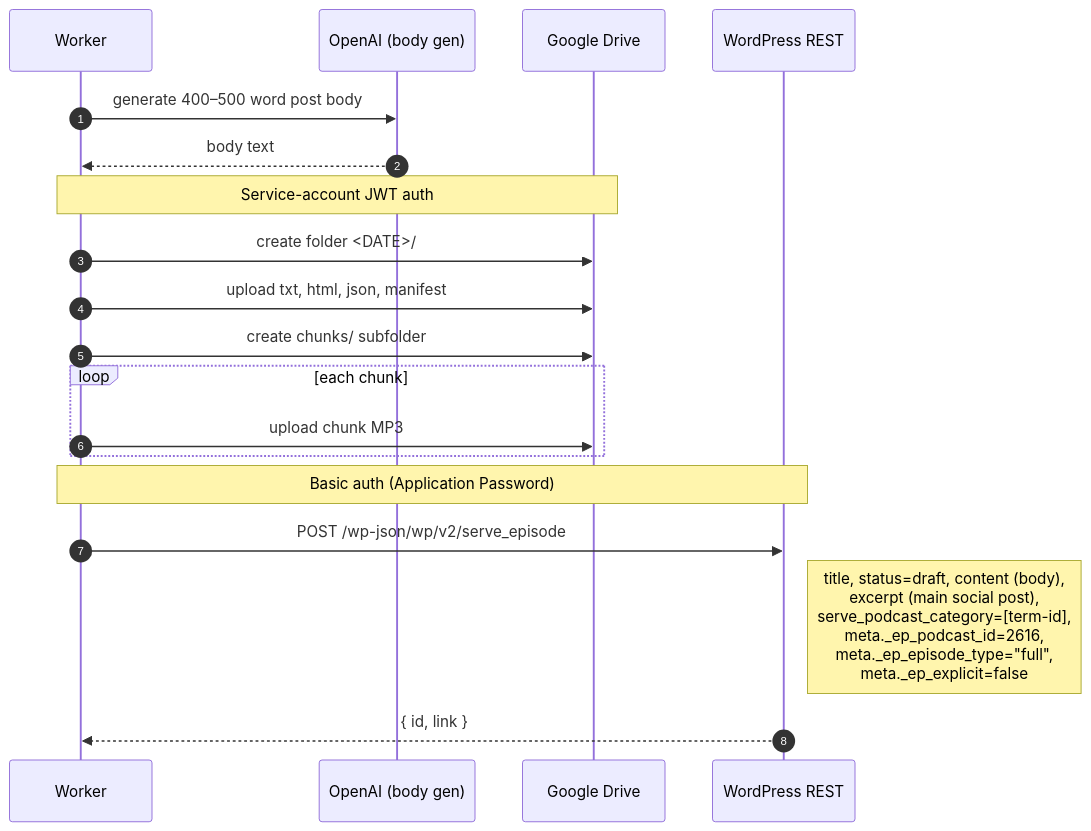
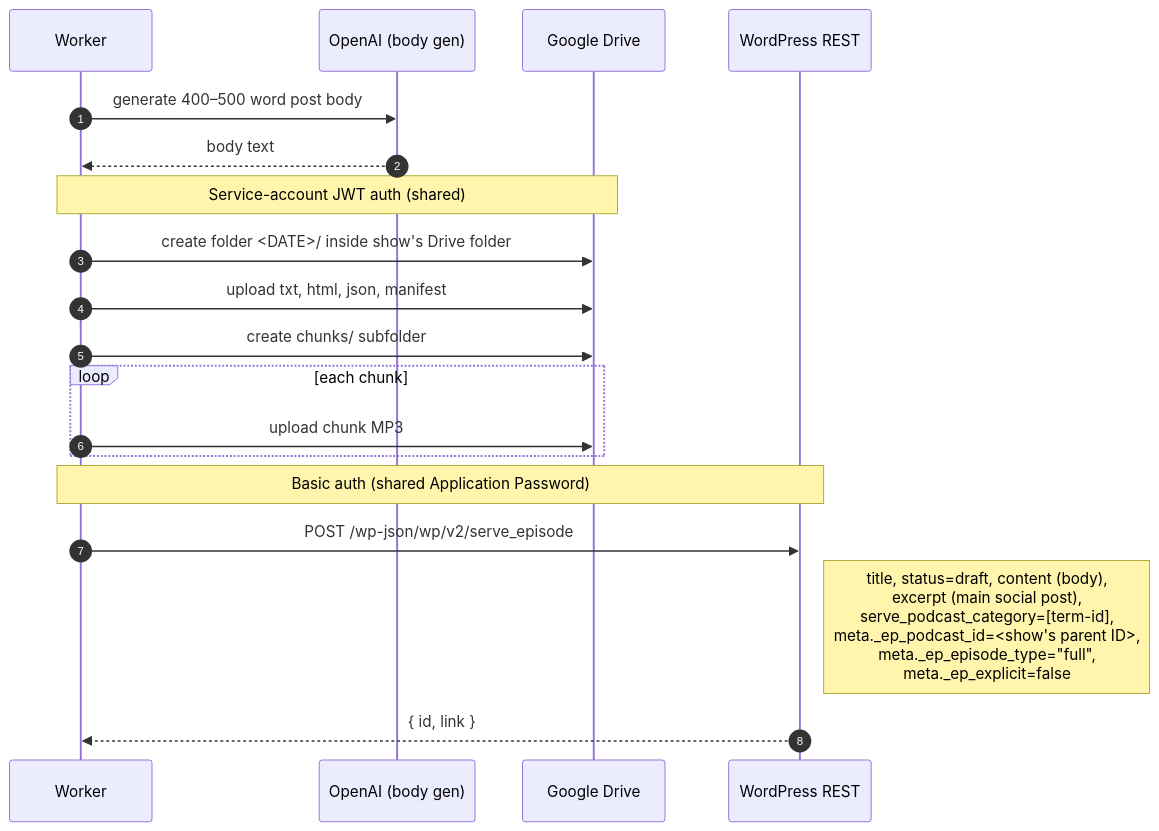
The third of 8 diagrams in docs/PIPELINE.md (pennydoesdev/TheMorningCup-Episode-Generator), drawn with Mermaid before and after one commit. The commit also changed other lines of this file, not shown here.

Commit message:
PIPELINE.md: rewrite generic for any show (no Morning Cup specifics)

````diff
--- a/docs/PIPELINE.md
+++ b/docs/PIPELINE.md
@@ -125,24 +127,24 @@
 ```mermaid
 sequenceDiagram
   autonumber
   participant W as Worker
   participant OAI as OpenAI (body gen)
   participant GD as Google Drive
   participant WP as WordPress REST
 
   W->>OAI: generate 400–500 word post body
   OAI-->>W: body text
 
-  Note over W,GD: Service-account JWT auth
-  W->>GD: create folder <DATE>/
+  Note over W,GD: Service-account JWT auth (shared)
+  W->>GD: create folder <DATE>/ inside show's Drive folder
   W->>GD: upload txt, html, json, manifest
   W->>GD: create chunks/ subfolder
   loop each chunk
     W->>GD: upload chunk MP3
   end
 
-  Note over W,WP: Basic auth (Application Password)
+  Note over W,WP: Basic auth (shared Application Password)
   W->>WP: POST /wp-json/wp/v2/serve_episode
-  Note right of WP: title, status=draft, content (body),<br/>excerpt (main social post),<br/>serve_podcast_category=[term-id],<br/>meta._ep_podcast_id=2616,<br/>meta._ep_episode_type="full",<br/>meta._ep_explicit=false
+  Note right of WP: title, status=draft, content (body),<br/>excerpt (main social post),<br/>serve_podcast_category=[term-id],<br/>meta._ep_podcast_id=<show's parent ID>,<br/>meta._ep_episode_type="full",<br/>meta._ep_explicit=false
   WP-->>W: { id, link }
 ```
````
